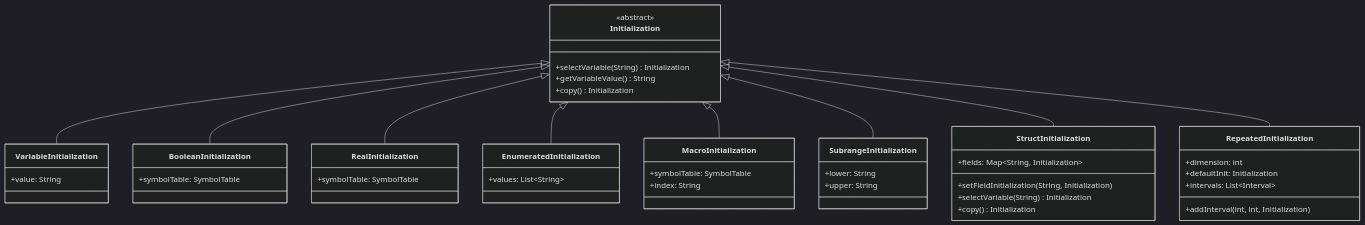
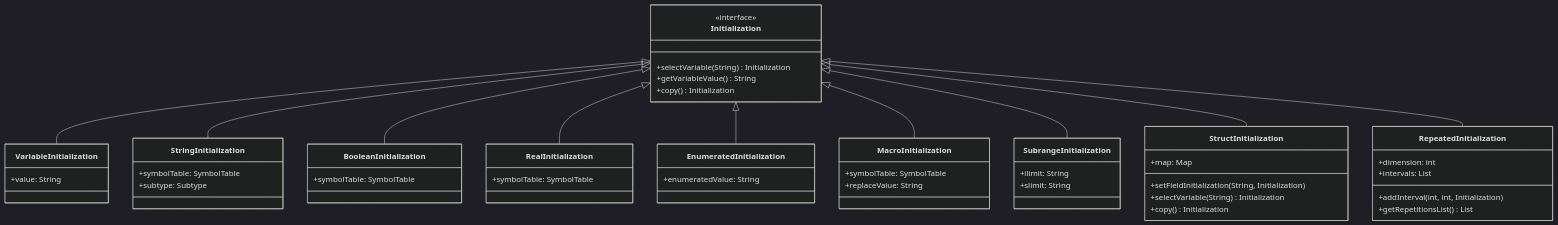
The third of 6 diagrams in doc/modules/parser.md (PascalUser/FLC-IEC61131-7), drawn with Mermaid (dark theme) before and after one commit. The commit also changed other lines of this file and 25 other files, not shown here.

````diff
--- a/doc/modules/parser.md
+++ b/doc/modules/parser.md
@@ -267,49 +306,54 @@
 ```mermaid
 classDiagram
     class Initialization {
-        <<abstract>>
+        <<interface>>
         +selectVariable(String) Initialization
         +getVariableValue() String
         +copy() Initialization
     }
     class VariableInitialization {
         +value: String
+    }
+    class StringInitialization {
+        +symbolTable: SymbolTable
+        +subtype: Subtype
     }
     class BooleanInitialization {
         +symbolTable: SymbolTable
     }
     class RealInitialization {
         +symbolTable: SymbolTable
     }
     class EnumeratedInitialization {
-        +values: List~String~
+        +enumeratedValue: String
     }
     class MacroInitialization {
         +symbolTable: SymbolTable
-        +index: String
+        +replaceValue: String
     }
     class SubrangeInitialization {
-        +lower: String
-        +upper: String
+        +ilimit: String
+        +slimit: String
     }
     class StructInitialization {
-        +fields: Map~String, Initialization~
+        +map: Map
         +setFieldInitialization(String, Initialization)
         +selectVariable(String) Initialization
         +copy() Initialization
     }
     class RepeatedInitialization {
         +dimension: int
-        +defaultInit: Initialization
-        +intervals: List~Interval~
+        +intervals: List
         +addInterval(int, int, Initialization)
+        +getRepetitionsList() List
     }
     Initialization <|-- VariableInitialization
+    Initialization <|-- StringInitialization
     Initialization <|-- BooleanInitialization
     Initialization <|-- RealInitialization
     Initialization <|-- EnumeratedInitialization
     Initialization <|-- MacroInitialization
     Initialization <|-- SubrangeInitialization
     Initialization <|-- StructInitialization
     Initialization <|-- RepeatedInitialization
 ```
````
